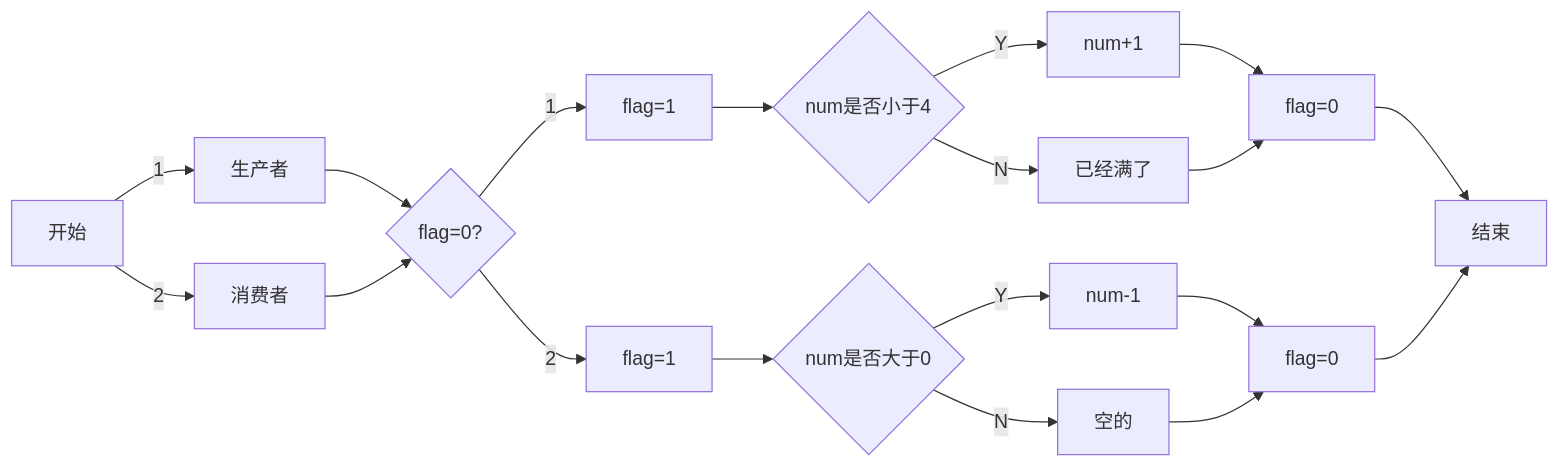
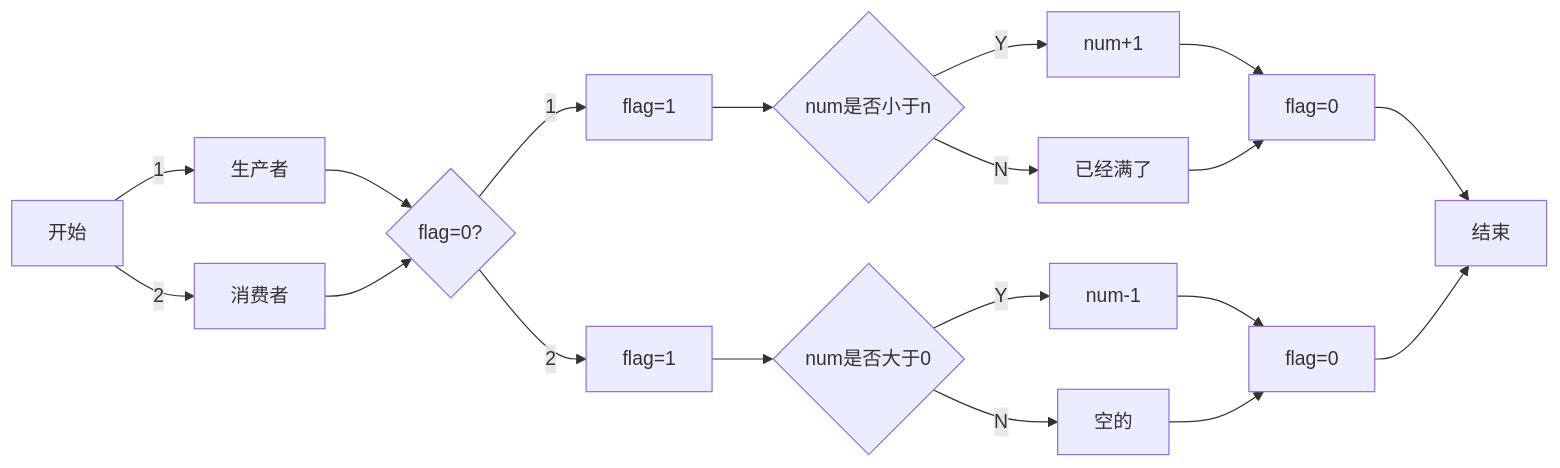
One commit to srcrs/srcrs.github.io changed the fifth of 5 diagrams in source/_posts/进程同步之生产者与消费者关系.md. Above: the diagram before and after it, drawn with Mermaid. The commit also changed other lines of this file and 1 other file, not shown here.

````diff
--- a/source/_posts/进程同步之生产者与消费者关系.md
+++ b/source/_posts/进程同步之生产者与消费者关系.md
@@ -108,21 +115,21 @@
 ```mermaid
 graph LR
 start[开始] -- 1 --> 1[生产者]
 start -- 2 --> 2[消费者]
 1 --> flag{flag=0?}
 2 --> flag
 flag -- 1 --> a[flag=1]
 flag -- 2 --> b[flag=1]
-a --> numa{num是否小于4}
+a --> numa{num是否小于n}
 numa -- Y --> a1[num+1]
 numa -- N --> b1[已经满了]
 b --> numb{num是否大于0}
 numb -- Y --> a2[num-1]
 numb -- N --> b2[空的]
 a1 --> flag1[flag=0]
 b1 --> flag1
 a2 --> flag2[flag=0]
 b2 --> flag2
 flag1 --> stop[结束]
 flag2 --> stop[结束]
 ```
````
